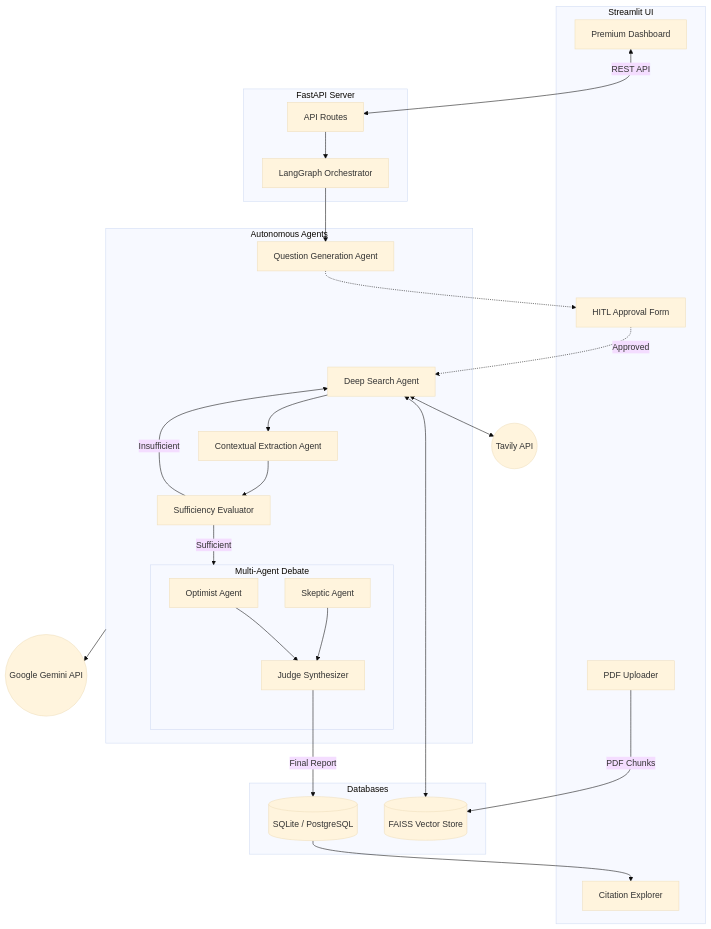
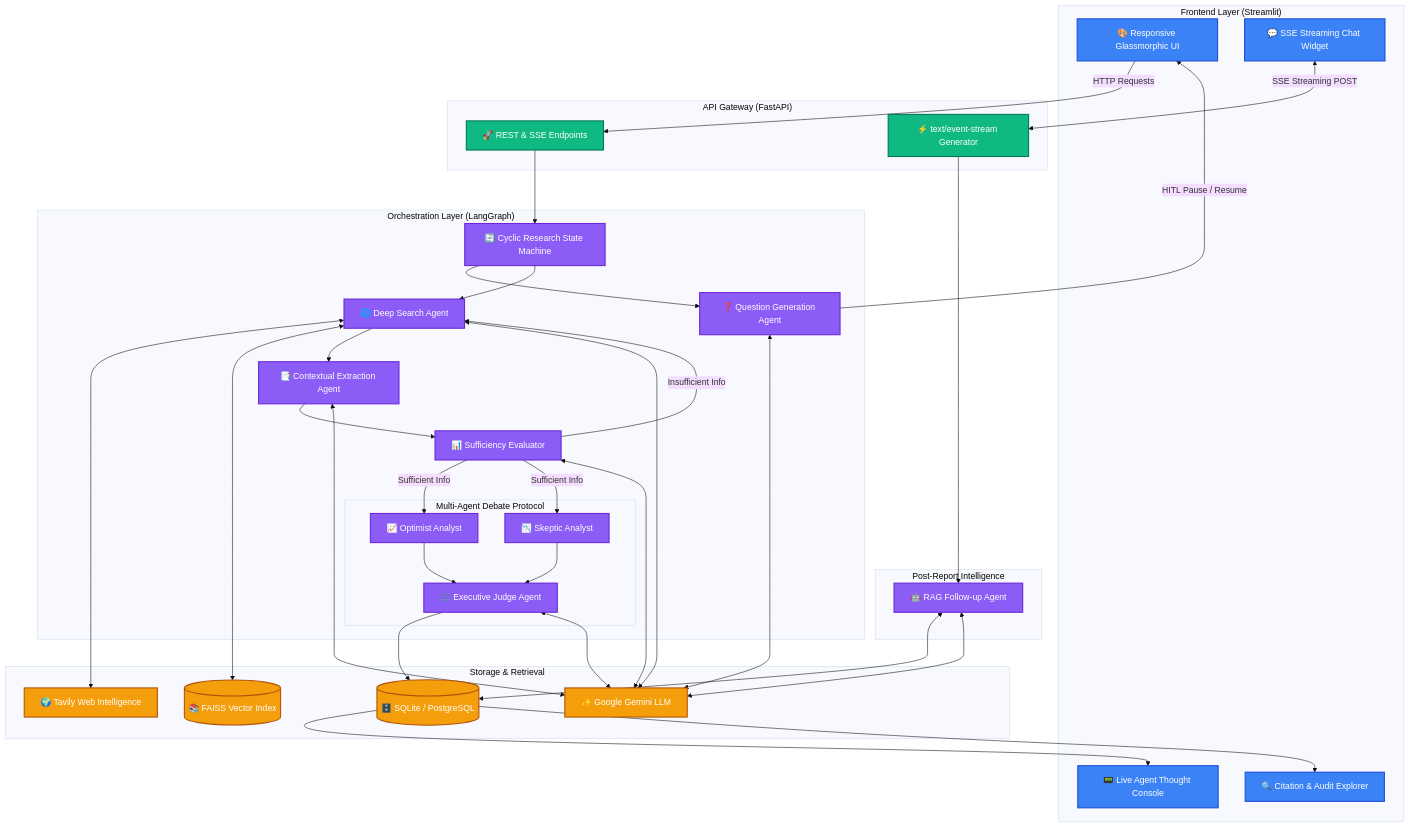
The first of 2 diagrams in README.md (Anchalgupta1321/enterprise-research-agent), drawn with Mermaid (base theme) before and after one commit. The commit also changed other lines of this file, not shown here.

Commit message:
docs: complete recruiter-grade README with architecture diagrams, SSE spotlights, and state machine flows

````diff
--- a/README.md
+++ b/README.md
@@ -26,64 +67,73 @@
 ```mermaid
-graph TD
-    %% Frontend
-    subgraph Frontend [Streamlit UI]
-        UI[Premium Dashboard]
-        Uploader[PDF Uploader]
-        HitlUI[HITL Approval Form]
-        CiteExpl[Citation Explorer]
+flowchart TD
+    %% Styling
+    classDef client fill:#3b82f6,stroke:#1d4ed8,stroke-width:2px,color:#ffffff;
+    classDef backend fill:#10b981,stroke:#047857,stroke-width:2px,color:#ffffff;
+    classDef agent fill:#8b5cf6,stroke:#6d28d9,stroke-width:2px,color:#ffffff;
+    classDef storage fill:#f59e0b,stroke:#b45309,stroke-width:2px,color:#ffffff;
+
+    subgraph ClientLayer ["Frontend Layer (Streamlit)"]
+        UI["🎨 Responsive Glassmorphic UI"]:::client
+        Console["📟 Live Agent Thought Console"]:::client
+        ChatUI["💬 SSE Streaming Chat Widget"]:::client
+        AuditTab["🔍 Citation & Audit Explorer"]:::client
     end
 
-    %% Backend API
-    subgraph Backend [FastAPI Server]
-        Router[API Routes]
-        Orchestrator[LangGraph Orchestrator]
+    subgraph APILayer ["API Gateway (FastAPI)"]
+        API["🚀 REST & SSE Endpoints"]:::backend
+        SSE["⚡ text/event-stream Generator"]:::backend
     end
 
-    %% Storage
-    subgraph Storage [Databases]
-        DB[(SQLite / PostgreSQL)]
-        FAISS[(FAISS Vector Store)]
-    end
-
-    %% Agents
-    subgraph Agents [Autonomous Agents]
-        QGen[Question Generation Agent]
-        Search[Deep Search Agent]
-        Extract[Contextual Extraction Agent]
-        Eval[Sufficiency Evaluator]
+    subgraph OrchestratorLayer ["Orchestration Layer (LangGraph)"]
+        Graph["🔄 Cyclic Research State Machine"]:::agent
+        QGen["❓ Question Generation Agent"]:::agent
+        SearchAgent["🌐 Deep Search Agent"]:::agent
+        ExtractAgent["📑 Contextual Extraction Agent"]:::agent
+        EvalAgent["📊 Sufficiency Evaluator"]:::agent
         
-        subgraph Debate [Multi-Agent Debate]
-            Opt[Optimist Agent]
-            Skp[Skeptic Agent]
-            Jdg[Judge Synthesizer]
+        subgraph DebateProtocol ["Multi-Agent Debate Protocol"]
+            OptAgent["📈 Optimist Analyst"]:::agent
+            SkpAgent["📉 Skeptic Analyst"]:::agent
+            JudgeAgent["⚖️ Executive Judge Agent"]:::agent
         end
     end
 
-    %% External APIs
-    Tavily((Tavily API))
-    Gemini((Google Gemini API))
+    subgraph ChatLayer ["Post-Report Intelligence"]
+        ChatAgent["🤖 RAG Follow-up Agent"]:::agent
+    end
 
-    %% Data Flow
-    UI <--> |REST API| Router
-    Uploader --> |PDF Chunks| FAISS
-    Router --> Orchestrator
+    subgraph DataLayer ["Storage & Retrieval"]
+        SQL[(🗄️ SQLite / PostgreSQL)]:::storage
+        FAISS[(📚 FAISS Vector Index)]:::storage
+        Tavily["🌍 Tavily Web Intelligence"]:::storage
+        Gemini["✨ Google Gemini LLM"]:::storage
+    end
+
+    %% Interactions
+    UI -->|HTTP Requests| API
+    ChatUI <-->|SSE Streaming POST| SSE
+    SSE --> ChatAgent
+    API --> Graph
     
-    Orchestrator --> QGen
-    QGen -.-> HitlUI
-    HitlUI -.-> |Approved| Search
+    Graph --> QGen
+    QGen -->|HITL Pause / Resume| UI
+    Graph --> SearchAgent
+    SearchAgent <--> Tavily
+    SearchAgent <--> FAISS
+    SearchAgent --> ExtractAgent
+    ExtractAgent --> EvalAgent
     
-    Search <--> Tavily
-    Search <--> FAISS
-    Search --> Extract
-    Extract --> Eval
+    EvalAgent -->|Insufficient Info| SearchAgent
+    EvalAgent -->|Sufficient Info| OptAgent & SkpAgent
     
-    Eval -->|Insufficient| Search
-    Eval -->|Sufficient| Debate
+    OptAgent --> JudgeAgent
+    SkpAgent --> JudgeAgent
+    JudgeAgent --> SQL
     
-    Opt --> Jdg
-    Skp --> Jdg
-    Jdg --> |Final Report| DB
+    ChatAgent <--> SQL
+    ChatAgent <--> Gemini
+    QGen & SearchAgent & ExtractAgent & EvalAgent & JudgeAgent <--> Gemini
     
-    Agents --> Gemini
-    DB --> CiteExpl
+    SQL --> Console
+    SQL --> AuditTab
 ```
````
